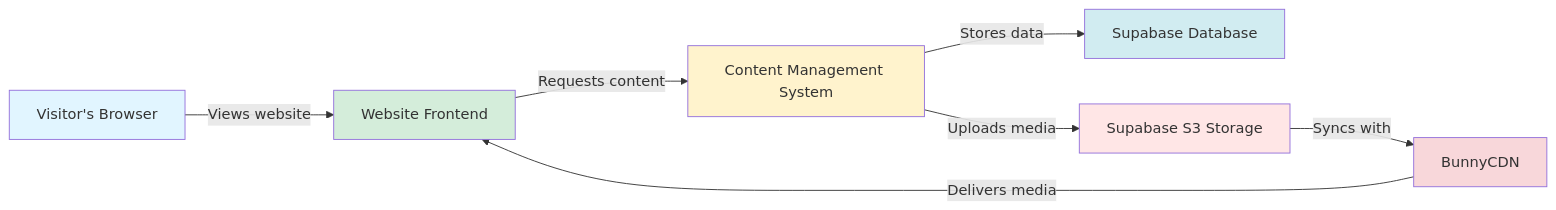
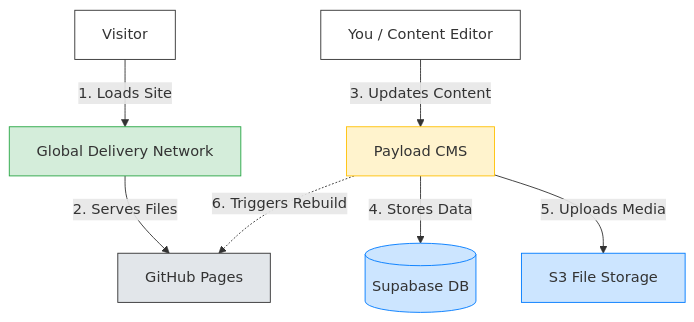
The first of 2 diagrams in architecture-guide.md (goblincore/ma3world-redesign), drawn with Mermaid before and after one commit. The commit also changed other lines of this file and 1 other file, not shown here.

Commit message:
Update architecture guide

````diff
--- a/architecture-guide.md
+++ b/architecture-guide.md
@@ -14,16 +16,19 @@
 ```mermaid
-graph LR
-    A[Visitor's Browser] -->|Views website| B[Website Frontend]
-    B -->|Requests content| C[Content Management System]
-    C -->|Stores data| E[Supabase Database]
-    C -->|Uploads media| F[Supabase S3 Storage]
-    F -->|Syncs with| D[BunnyCDN]
-    D -->|Delivers media| B
+graph TD
+    User[Visitor] -->|1. Loads Site| CDN[Global Delivery Network]
+    CDN -->|2. Serves Files| GitHub[GitHub Pages]
     
-    style A fill:#e1f5ff
-    style B fill:#d4edda
-    style C fill:#fff3cd
-    style E fill:#d1ecf1
-    style F fill:#ffe6e6
-    style D fill:#f8d7da
+    Editor[You / Content Editor] -->|3. Updates Content| CMS[Payload CMS]
+    CMS -->|4. Stores Data| DB[(Supabase DB)]
+    CMS -->|5. Uploads Media| Storage[S3 File Storage]
+    
+    CMS -.->|6. Triggers Rebuild| GitHub
+    
+    style User fill:#fff,stroke:#333
+    style CDN fill:#d4edda,stroke:#28a745
+    style GitHub fill:#e2e6ea,stroke:#333
+    style Editor fill:#fff,stroke:#333
+    style CMS fill:#fff3cd,stroke:#ffc107
+    style DB fill:#cce5ff,stroke:#007bff
+    style Storage fill:#cce5ff,stroke:#007bff
 ```
````
